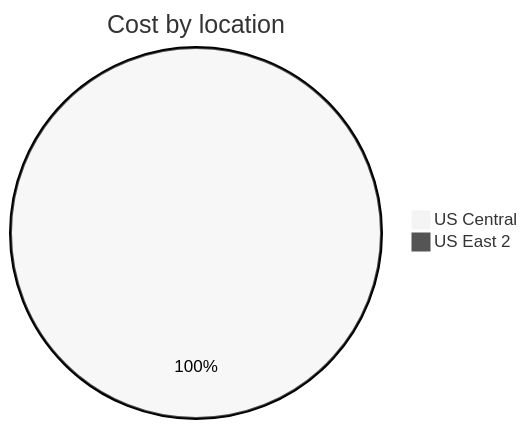
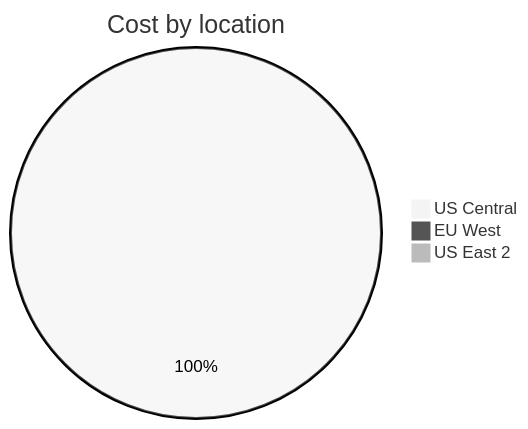
Before and after one commit to jpfulton/azure-personal-reports: the third of 4 diagrams in cost-reports/personal-site/personal-site-preview.md, drawn with Mermaid (neutral theme). The commit also changed other lines of this file and 6 other files, not shown here.

````diff
--- a/cost-reports/personal-site/personal-site-preview.md
+++ b/cost-reports/personal-site/personal-site-preview.md
@@ -104,6 +105,7 @@
 ```mermaid
 pie
    title Cost by location
-   "US Central" : 0.14
+   "US Central" : 0.55
+   "EU West" : 0.00
    "US East 2" : 0.00
 ```
````
